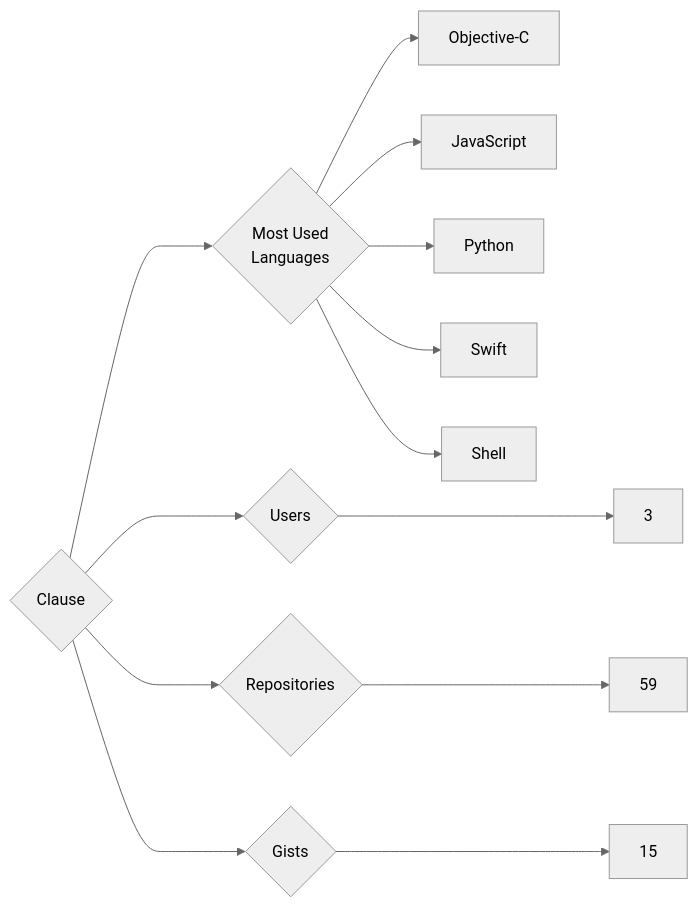
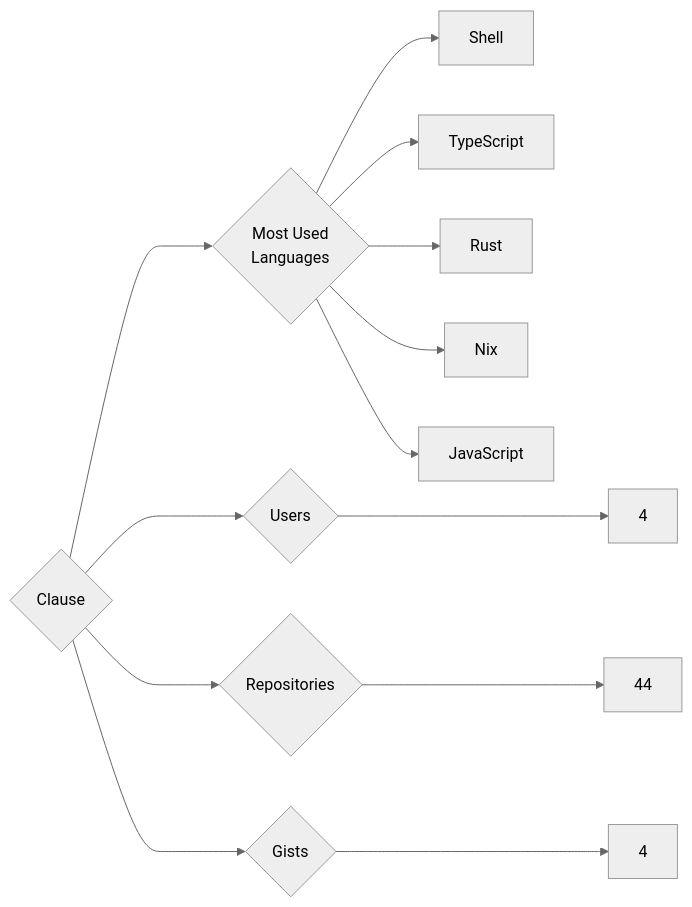
One commit to trickest/insiders changed the diagram in targets/Clause/README.md. Above: the diagram before and after it, drawn with Mermaid (neutral theme). The commit also changed 1166 other files, not shown here.

````diff
--- a/targets/Clause/README.md
+++ b/targets/Clause/README.md
@@ -3,13 +3,13 @@
 ```mermaid
 graph LR
 COMPANY_NAME{Clause}
-COMPANY_NAME ---> U{Users} ---> UN[3]
-COMPANY_NAME ---> R{Repositories} ---> RN[59]
-COMPANY_NAME ---> G{Gists} ---> GN[15]
+COMPANY_NAME ---> U{Users} ---> UN[4]
+COMPANY_NAME ---> R{Repositories} ---> RN[44]
+COMPANY_NAME ---> G{Gists} ---> GN[4]
 COMPANY_NAME ---> ML{Most Used<br>Languages}
-ML --> Objective-C[Objective-C]
+ML --> Shell[Shell]
+ML --> TypeScript[TypeScript]
+ML --> Rust[Rust]
+ML --> Nix[Nix]
 ML --> JavaScript[JavaScript]
-ML --> Python[Python]
-ML --> Swift[Swift]
-ML --> Shell[Shell]
 ```
````
